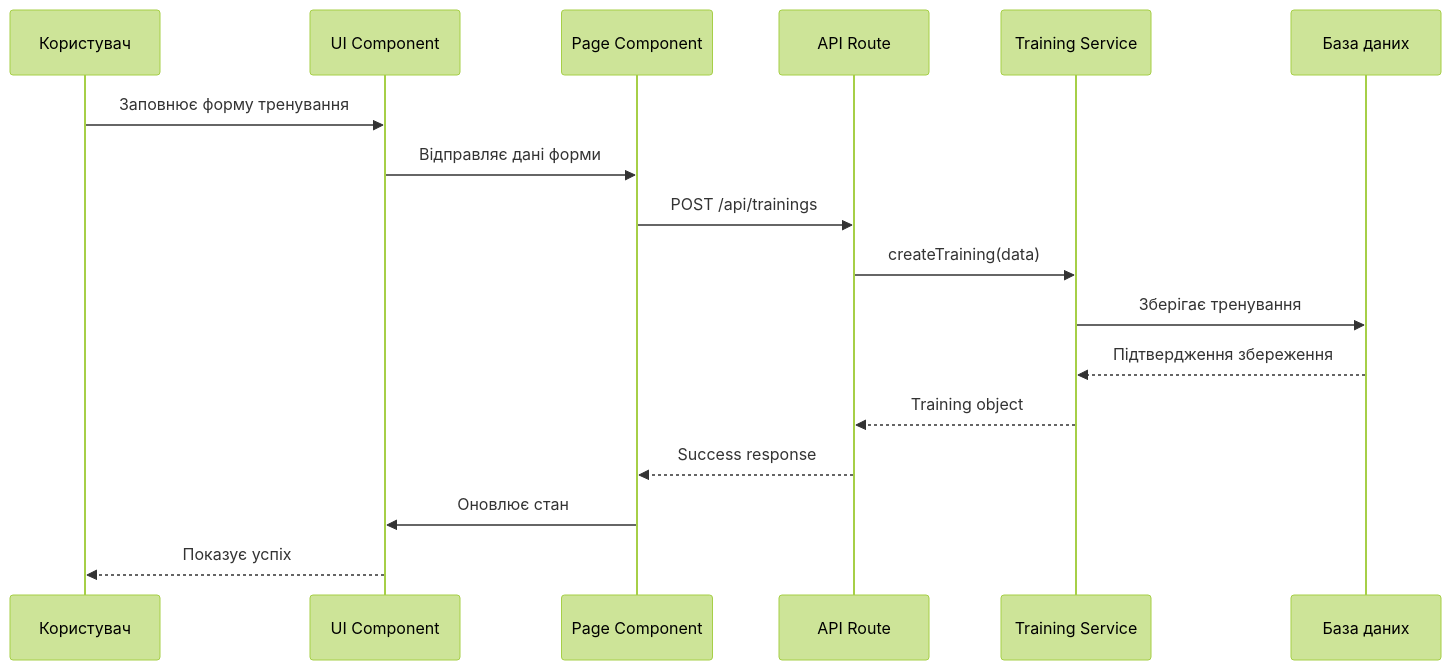
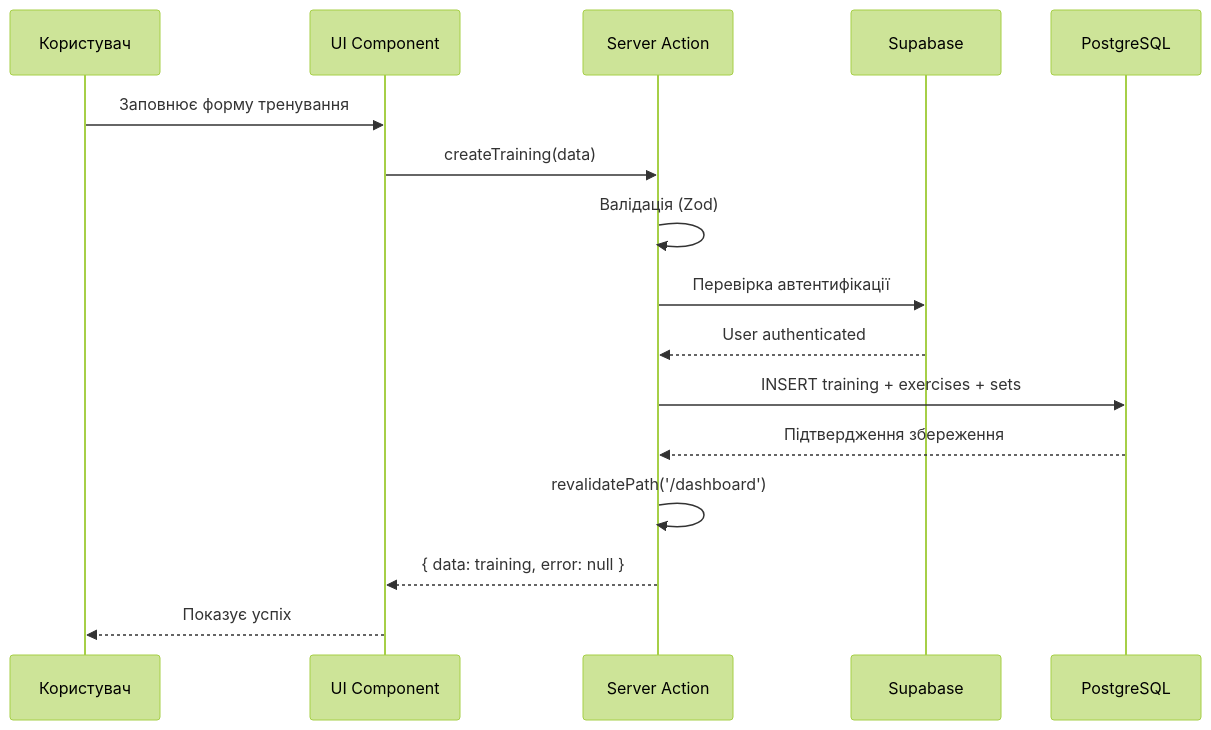
One commit to MaxKibets/votum_ferri changed the second of 7 diagrams in docs/SDD.md. Above: the diagram before and after it, drawn with Mermaid (forest theme). The commit also changed other lines of this file, not shown here.

````diff
--- a/docs/SDD.md
+++ b/docs/SDD.md
@@ -410,20 +515,19 @@
 ```mermaid
 sequenceDiagram
     participant User as Користувач
     participant UI as UI Component
-    participant Page as Page Component
-    participant API as API Route
-    participant Service as Training Service
-    participant DB as База даних
+    participant Action as Server Action
+    participant Supabase as Supabase
+    participant DB as PostgreSQL
 
     User->>UI: Заповнює форму тренування
-    UI->>Page: Відправляє дані форми
-    Page->>API: POST /api/trainings
-    API->>Service: createTraining(data)
-    Service->>DB: Зберігає тренування
-    DB-->>Service: Підтвердження збереження
-    Service-->>API: Training object
-    API-->>Page: Success response
-    Page->>UI: Оновлює стан
+    UI->>Action: createTraining(data)
+    Action->>Action: Валідація (Zod)
+    Action->>Supabase: Перевірка автентифікації
+    Supabase-->>Action: User authenticated
+    Action->>DB: INSERT training + exercises + sets
+    DB-->>Action: Підтвердження збереження
+    Action->>Action: revalidatePath('/dashboard')
+    Action-->>UI: { data: training, error: null }
     UI-->>User: Показує успіх
 ```
````
